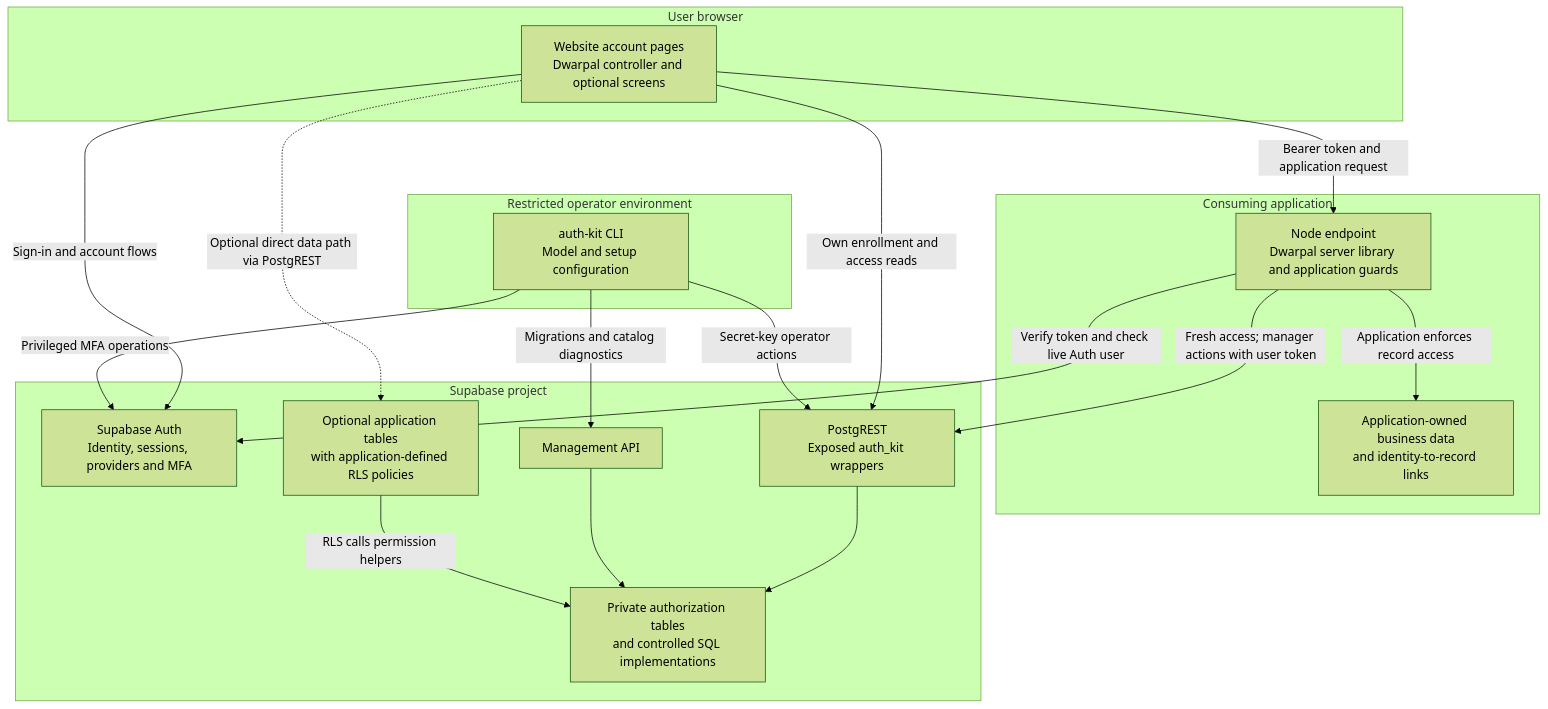
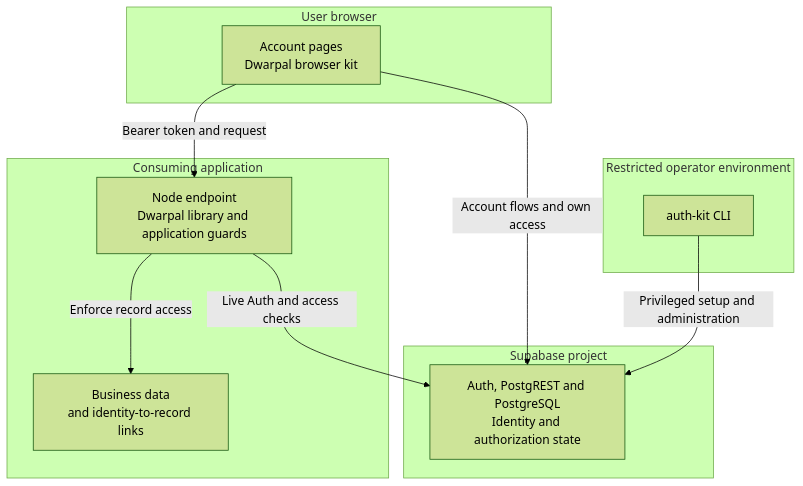
Before and after one commit to aashishbhandari-stravion/dwarpal: the first of 2 diagrams in docs/architecture.md, drawn with Mermaid (forest theme). The commit also changed other lines of this file, not shown here.

Commit message:
Simplify architecture diagram for the introductory reading path

````diff
--- a/docs/architecture.md
+++ b/docs/architecture.md
@@ -9,33 +9,21 @@
 ```mermaid
 flowchart TB
     subgraph browser["User browser"]
-        UI["Website account pages<br/>Dwarpal controller and optional screens"]
+        UI["Account pages<br/>Dwarpal browser kit"]
     end
     subgraph app["Consuming application"]
-        API["Node endpoint<br/>Dwarpal server library and application guards"]
-        DATA["Application-owned business data<br/>and identity-to-record links"]
+        API["Node endpoint<br/>Dwarpal library and application guards"]
+        DATA["Business data<br/>and identity-to-record links"]
     end
     subgraph operator["Restricted operator environment"]
-        CLI["auth-kit CLI<br/>Model and setup configuration"]
+        CLI["auth-kit CLI"]
     end
     subgraph provider["Supabase project"]
-        AUTH["Supabase Auth<br/>Identity, sessions, providers and MFA"]
-        REST["PostgREST<br/>Exposed auth_kit wrappers"]
-        PRIVATE["Private authorization tables<br/>and controlled SQL implementations"]
-        MGMT["Management API"]
-        ROWS["Optional application tables<br/>with application-defined RLS policies"]
+        SUPA["Auth, PostgREST and PostgreSQL<br/>Identity and authorization state"]
     end
-    UI -->|"Sign-in and account flows"| AUTH
-    UI -->|"Own enrollment and access reads"| REST
-    UI -->|"Bearer token and application request"| API
-    API -->|"Verify token and check live Auth user"| AUTH
-    API -->|"Fresh access; manager actions with user token"| REST
-    API -->|"Application enforces record access"| DATA
-    REST --> PRIVATE
-    CLI -->|"Secret-key operator actions"| REST
-    CLI -->|"Privileged MFA operations"| AUTH
-    CLI -->|"Migrations and catalog diagnostics"| MGMT
-    MGMT --> PRIVATE
-    UI -.->|"Optional direct data path via PostgREST"| ROWS
-    ROWS -->|"RLS calls permission helpers"| PRIVATE
+    UI -->|"Account flows and own access"| SUPA
+    UI -->|"Bearer token and request"| API
+    API -->|"Live Auth and access checks"| SUPA
+    API -->|"Enforce record access"| DATA
+    CLI -->|"Privileged setup and administration"| SUPA
 ```
````
